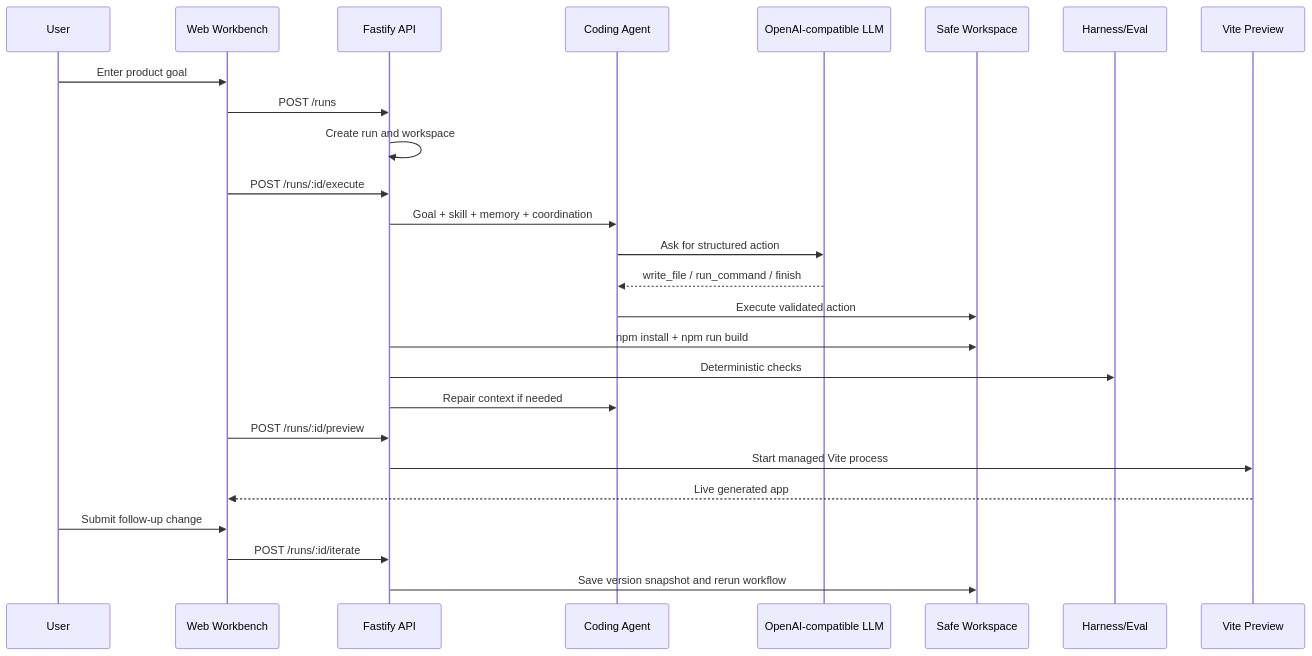
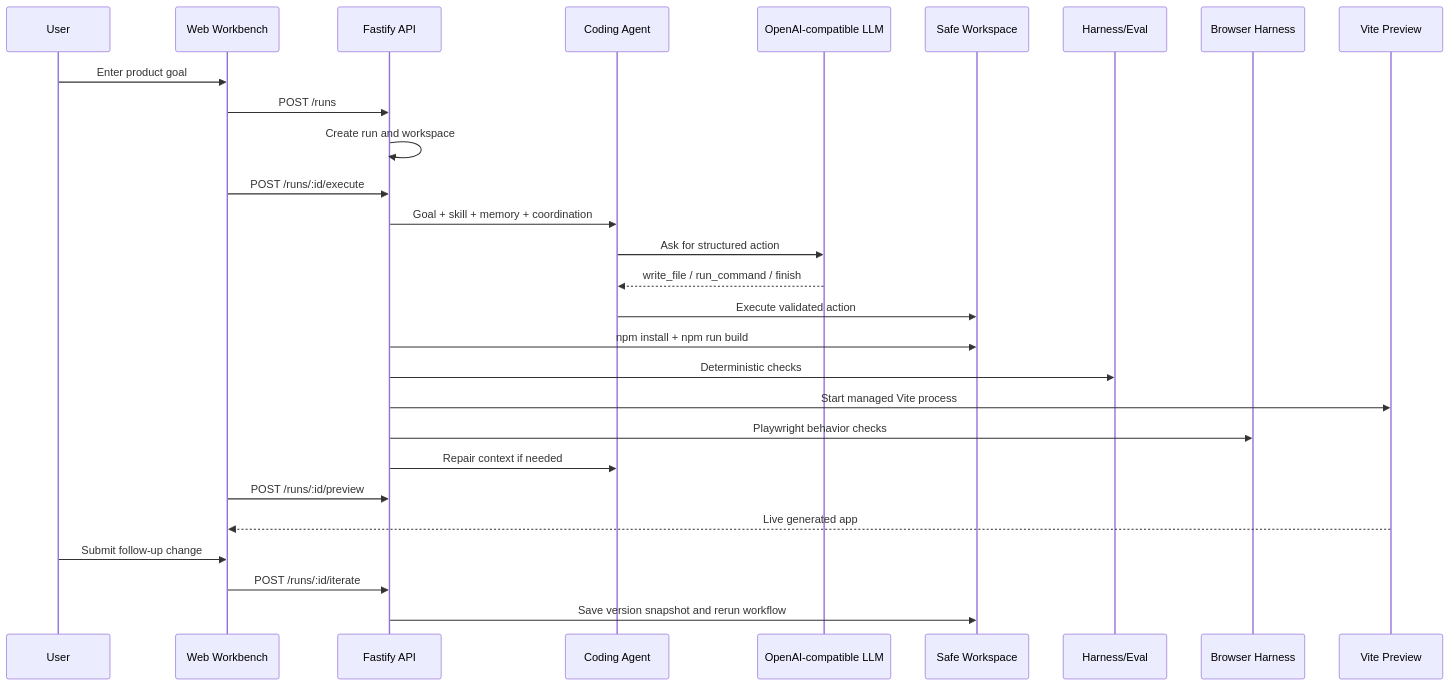
The first of 2 diagrams in README.md (Marvin725626/appforge-agent-platform), drawn with Mermaid before and after one commit. The commit also changed other lines of this file and 22 other files, not shown here.

Commit message:
Add browser harness repair loop and docs

````diff
--- a/README.md
+++ b/README.md
@@ -34,29 +34,31 @@
 ```mermaid
 sequenceDiagram
     participant User
     participant Web as Web Workbench
     participant API as Fastify API
     participant Agent as Coding Agent
     participant LLM as OpenAI-compatible LLM
     participant WS as Safe Workspace
     participant Eval as Harness/Eval
+    participant Browser as Browser Harness
     participant Preview as Vite Preview
 
     User->>Web: Enter product goal
     Web->>API: POST /runs
     API->>API: Create run and workspace
     Web->>API: POST /runs/:id/execute
     API->>Agent: Goal + skill + memory + coordination
     Agent->>LLM: Ask for structured action
     LLM-->>Agent: write_file / run_command / finish
     Agent->>WS: Execute validated action
     API->>WS: npm install + npm run build
     API->>Eval: Deterministic checks
+    API->>Preview: Start managed Vite process
+    API->>Browser: Playwright behavior checks
     API->>Agent: Repair context if needed
     Web->>API: POST /runs/:id/preview
-    API->>Preview: Start managed Vite process
     Preview-->>Web: Live generated app
     User->>Web: Submit follow-up change
     Web->>API: POST /runs/:id/iterate
     API->>WS: Save version snapshot and rerun workflow
 ```
````
